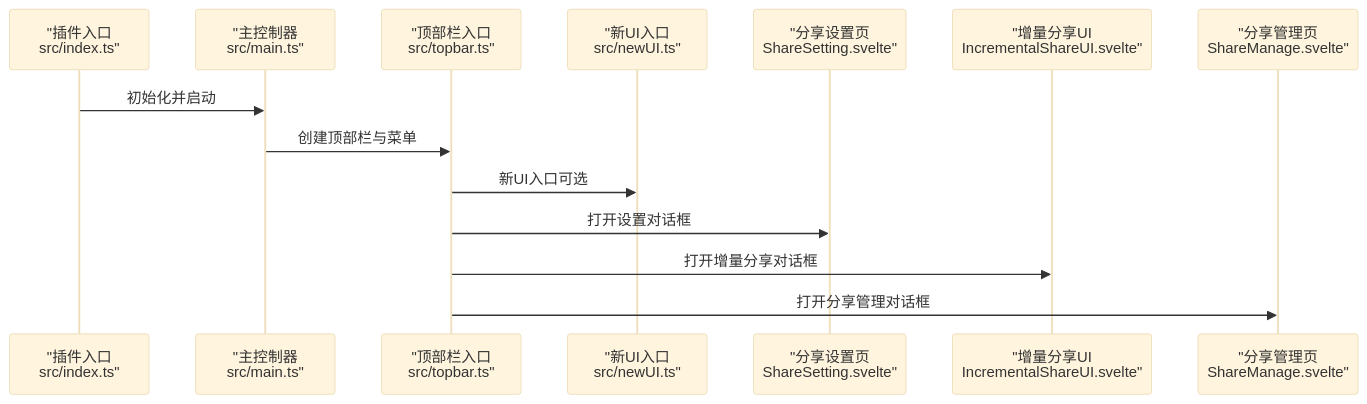
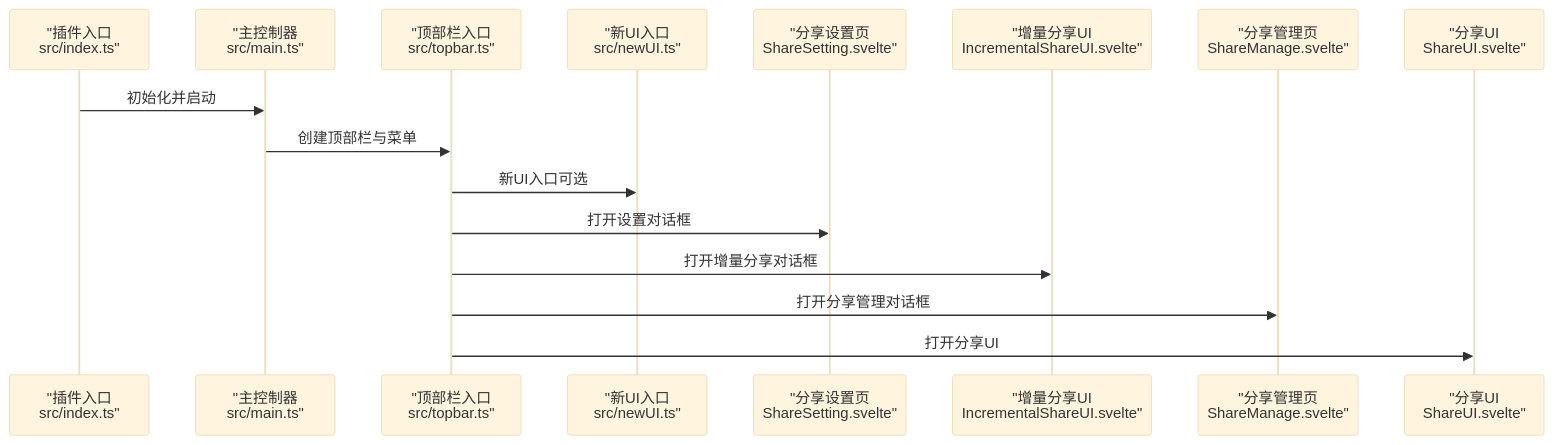
Before and after one commit to terwerinc/siyuan-plugin-share-pro: the second of 6 diagrams in .qoder/repowiki/zh/content/UI组件系统/UI组件系统.md, drawn with Mermaid (base theme). The commit also changed other lines of this file and 8 other files, not shown here.

````diff
--- a/.qoder/repowiki/zh/content/UI组件系统/UI组件系统.md
+++ b/.qoder/repowiki/zh/content/UI组件系统/UI组件系统.md
@@ -104,16 +122,18 @@
 ```mermaid
 sequenceDiagram
 participant P as "插件入口<br/>src/index.ts"
 participant M as "主控制器<br/>src/main.ts"
 participant T as "顶部栏入口<br/>src/topbar.ts"
 participant N as "新UI入口<br/>src/newUI.ts"
 participant S as "分享设置页<br/>ShareSetting.svelte"
 participant I as "增量分享UI<br/>IncrementalShareUI.svelte"
 participant R as "分享管理页<br/>ShareManage.svelte"
+participant U as "分享UI<br/>ShareUI.svelte"
 P->>M : 初始化并启动
 M->>T : 创建顶部栏与菜单
 T->>N : 新UI入口可选
 T->>S : 打开设置对话框
 T->>I : 打开增量分享对话框
 T->>R : 打开分享管理对话框
+T->>U : 打开分享UI
 ```
````
